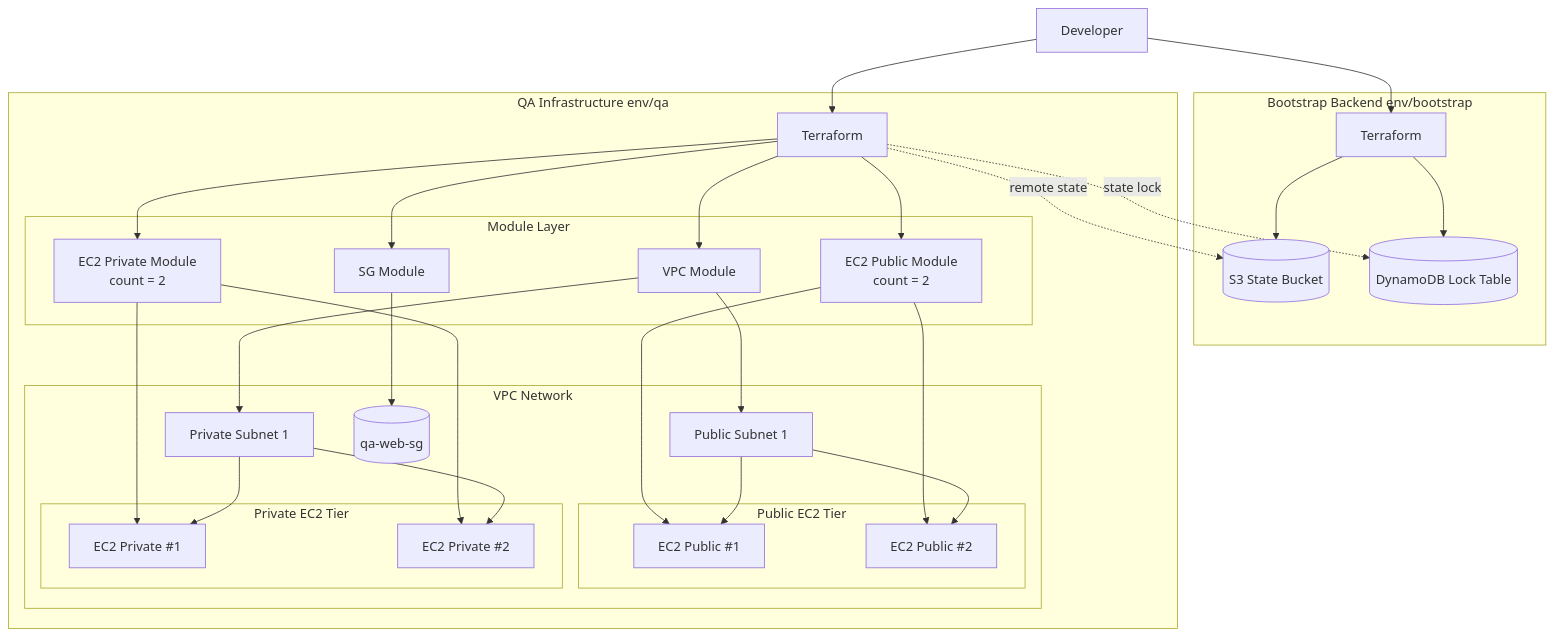
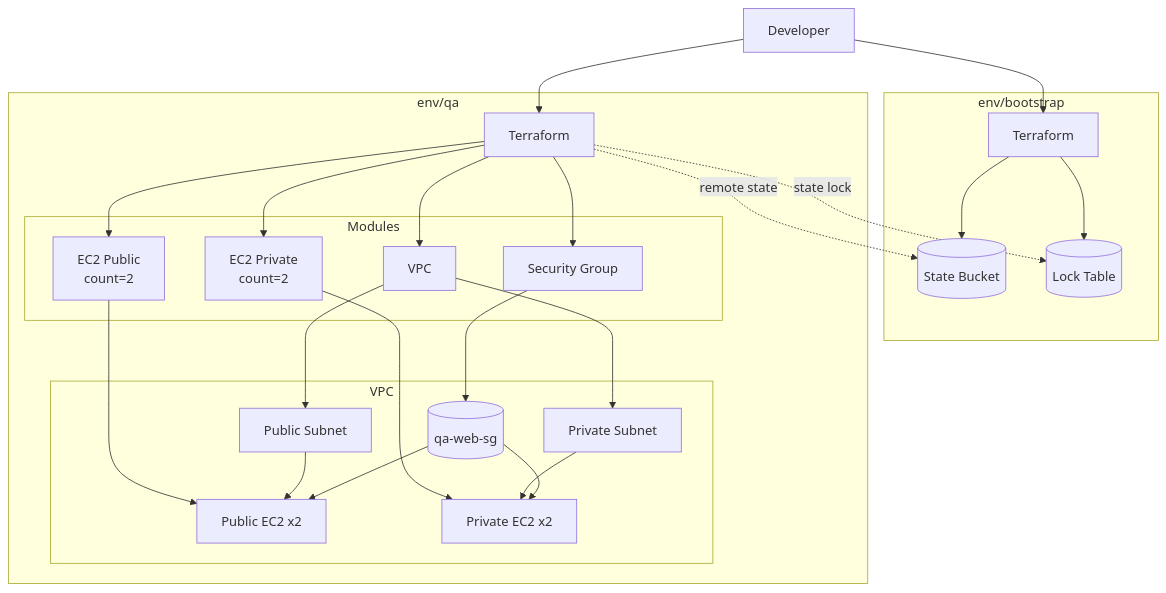
One commit to SiddharthKhajuria/Terraform_Project changed the diagram in README.md. Above: the diagram before and after it, drawn with Mermaid.

Commit message:
architecture

````diff
--- a/README.md
+++ b/README.md
@@ -7,63 +7,53 @@
 ```mermaid
 flowchart TB
     U[Developer]
 
-    subgraph BACKEND[Bootstrap Backend env/bootstrap]
+    subgraph BACKEND[env/bootstrap]
       BTF[Terraform]
-      S3[(S3 State Bucket)]
-      DDB[(DynamoDB Lock Table)]
+      S3[(State Bucket)]
+      DDB[(Lock Table)]
       BTF --> S3
       BTF --> DDB
     end
 
-    subgraph QA[QA Infrastructure env/qa]
+    subgraph QA[env/qa]
       QTF[Terraform]
 
-      subgraph MOD[Module Layer]
-        VPCM[VPC Module]
-        SGM[SG Module]
-        ECPUBM[EC2 Public Module\ncount = 2]
-        ECPVTM[EC2 Private Module\ncount = 2]
+      subgraph MOD[Modules]
+        VPCM[VPC]
+        SGM[Security Group]
+        PUBM[EC2 Public\ncount=2]
+        PRVM[EC2 Private\ncount=2]
       end
 
-      subgraph NET[VPC Network]
-        PUBS[Public Subnet 1]
-        PVTS[Private Subnet 1]
-        SGRES[(qa-web-sg)]
-
-        subgraph PUBT[Public EC2 Tier]
-          PUB1[EC2 Public #1]
-          PUB2[EC2 Public #2]
-        end
-
-        subgraph PVTT[Private EC2 Tier]
-          PVT1[EC2 Private #1]
-          PVT2[EC2 Private #2]
-        end
+      subgraph NET[VPC]
+        PUBS[Public Subnet]
+        PVTS[Private Subnet]
+        SGID[(qa-web-sg)]
+        PUBE[Public EC2 x2]
+        PRVE[Private EC2 x2]
       end
 
       QTF --> VPCM
       QTF --> SGM
-      QTF --> ECPUBM
-      QTF --> ECPVTM
+      QTF --> PUBM
+      QTF --> PRVM
 
       VPCM --> PUBS
       VPCM --> PVTS
-      SGM --> SGRES
+      SGM --> SGID
 
-      ECPUBM --> PUB1
-      ECPUBM --> PUB2
-      ECPVTM --> PVT1
-      ECPVTM --> PVT2
+      PUBM --> PUBE
+      PRVM --> PRVE
 
-      PUBS --> PUB1
-      PUBS --> PUB2
-      PVTS --> PVT1
-      PVTS --> PVT2
+      PUBS --> PUBE
+      PVTS --> PRVE
+      SGID --> PUBE
+      SGID --> PRVE
     end
 
     U --> BTF
     U --> QTF
     QTF -. remote state .-> S3
     QTF -. state lock .-> DDB
 ```
````
